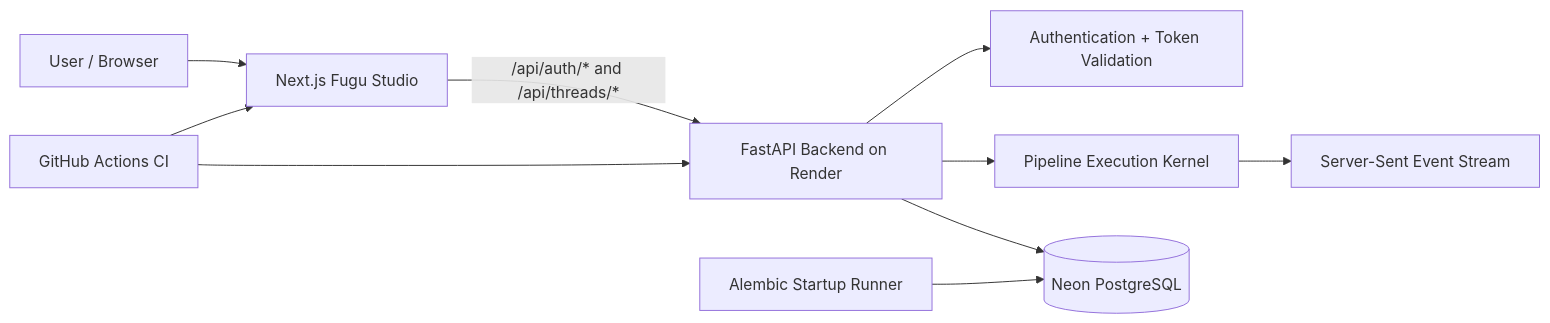
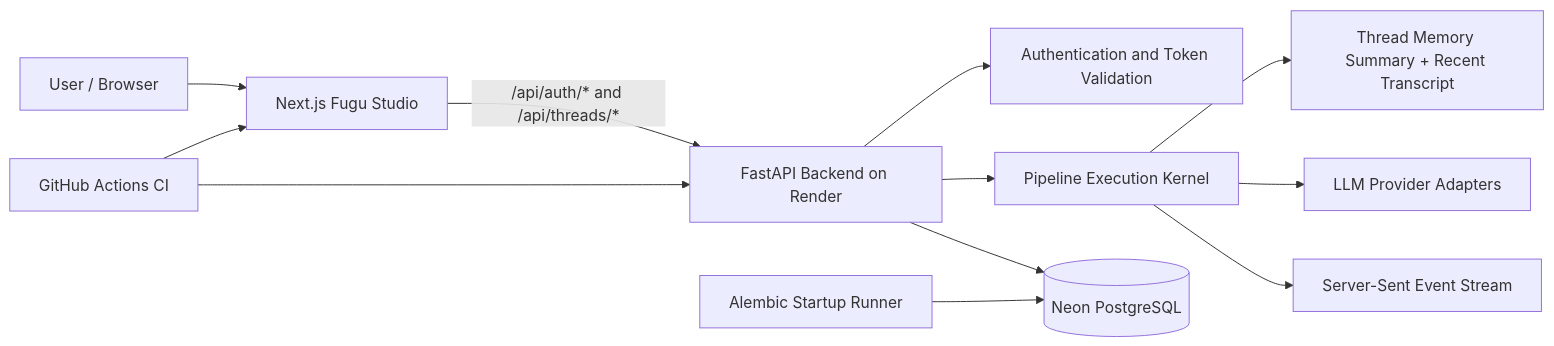
The diagram in README.md (shravanprassadh/fugu-system), drawn with Mermaid before and after one commit. The commit also changed other lines of this file, not shown here.

Commit message:
docs: refresh README for current architecture and workflow

````diff
--- a/README.md
+++ b/README.md
@@ -27,12 +30,14 @@
 ```mermaid
 flowchart LR
     User[User / Browser] --> Studio[Next.js Fugu Studio]
     Studio -->|/api/auth/* and /api/threads/*| API[FastAPI Backend on Render]
-    API --> Auth[Authentication + Token Validation]
+    API --> Auth[Authentication and Token Validation]
     API --> Kernel[Pipeline Execution Kernel]
+    Kernel --> Memory[Thread Memory Summary + Recent Transcript]
+    Kernel --> Providers[LLM Provider Adapters]
     Kernel --> SSE[Server-Sent Event Stream]
     API --> DB[(Neon PostgreSQL)]
     Migrations[Alembic Startup Runner] --> DB
     CI[GitHub Actions CI] --> API
     CI --> Studio
 ```
````
